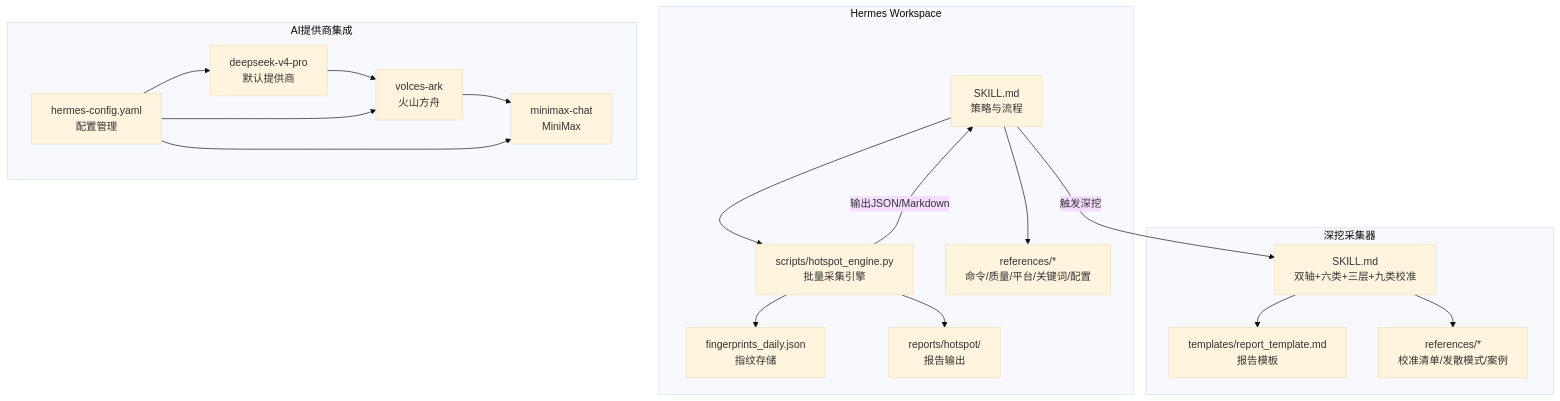
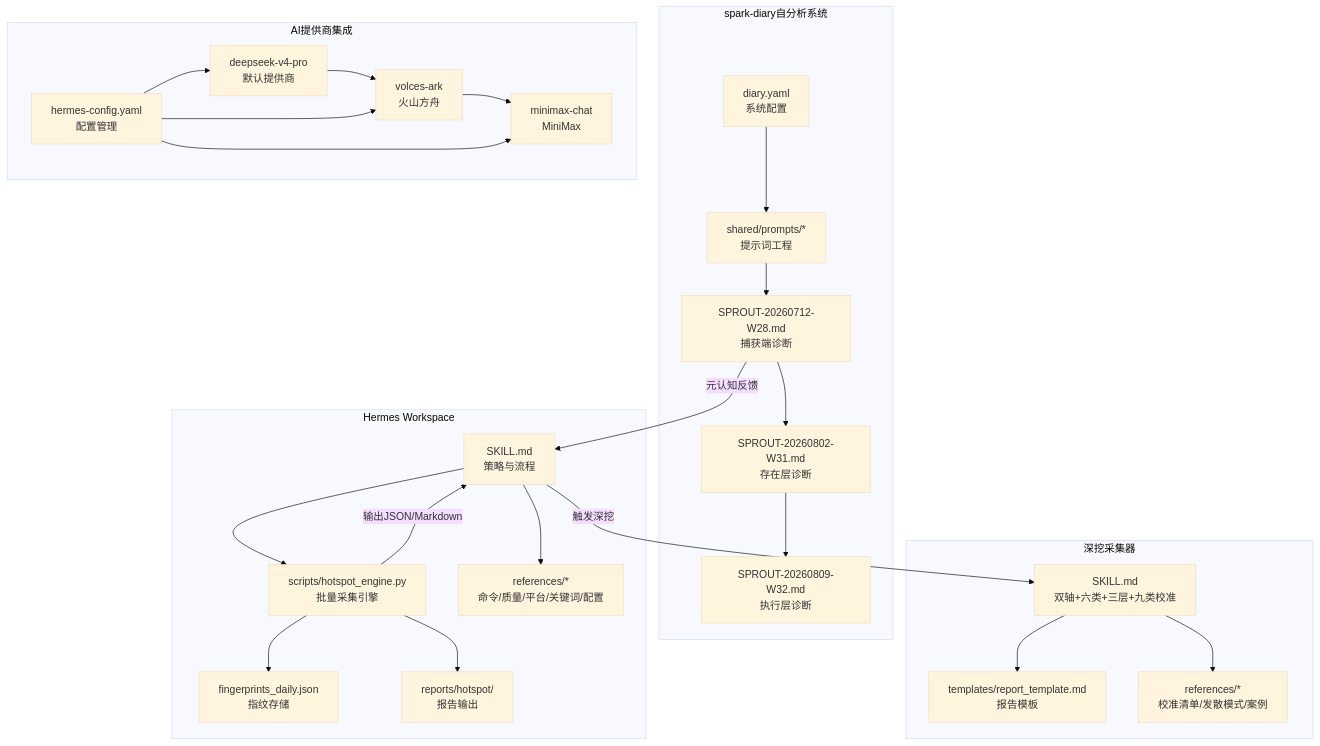
One commit to John198912/hermes_workspace changed the first of 14 diagrams in .qoder/repowiki/zh/content/核心技能详解/核心技能详解.md. Above: the diagram before and after it, drawn with Mermaid (base theme). The commit also changed other lines of this file and 3 other files, not shown here.

````diff
--- a/.qoder/repowiki/zh/content/核心技能详解/核心技能详解.md
+++ b/.qoder/repowiki/zh/content/核心技能详解/核心技能详解.md
@@ -60,22 +72,29 @@
 ```mermaid
 graph TB
 subgraph "Hermes Workspace"
 A["SKILL.md<br/>策略与流程"] --> B["scripts/hotspot_engine.py<br/>批量采集引擎"]
 A --> C["references/*<br/>命令/质量/平台/关键词/配置"]
 B --> D["fingerprints_daily.json<br/>指纹存储"]
 B --> E["reports/hotspot/<br/>报告输出"]
 end
+subgraph "spark-diary自分析系统"
+F["SPROUT-20260712-W28.md<br/>捕获端诊断"] --> G["SPROUT-20260802-W31.md<br/>存在层诊断"]
+G --> H["SPROUT-20260809-W32.md<br/>执行层诊断"]
+I["shared/prompts/*<br/>提示词工程"] --> F
+J["diary.yaml<br/>系统配置"] --> I
+end
 subgraph "AI提供商集成"
-F["deepseek-v4-pro<br/>默认提供商"] --> G["volces-ark<br/>火山方舟"]
-G --> H["minimax-chat<br/>MiniMax"]
-I["hermes-config.yaml<br/>配置管理"] --> F
-I --> G
-I --> H
+K["deepseek-v4-pro<br/>默认提供商"] --> L["volces-ark<br/>火山方舟"]
+L --> M["minimax-chat<br/>MiniMax"]
+N["hermes-config.yaml<br/>配置管理"] --> K
+N --> L
+N --> M
 end
 subgraph "深挖采集器"
-J["SKILL.md<br/>双轴+六类+三层+九类校准"] --> K["templates/report_template.md<br/>报告模板"]
-J --> L["references/*<br/>校准清单/发散模式/案例"]
+O["SKILL.md<br/>双轴+六类+三层+九类校准"] --> P["templates/report_template.md<br/>报告模板"]
+O --> Q["references/*<br/>校准清单/发散模式/案例"]
 end
 B --> |"输出JSON/Markdown"| A
-A --> |"触发深挖"| J
+A --> |"触发深挖"| O
+F --> |"元认知反馈"| A
 ```
````
